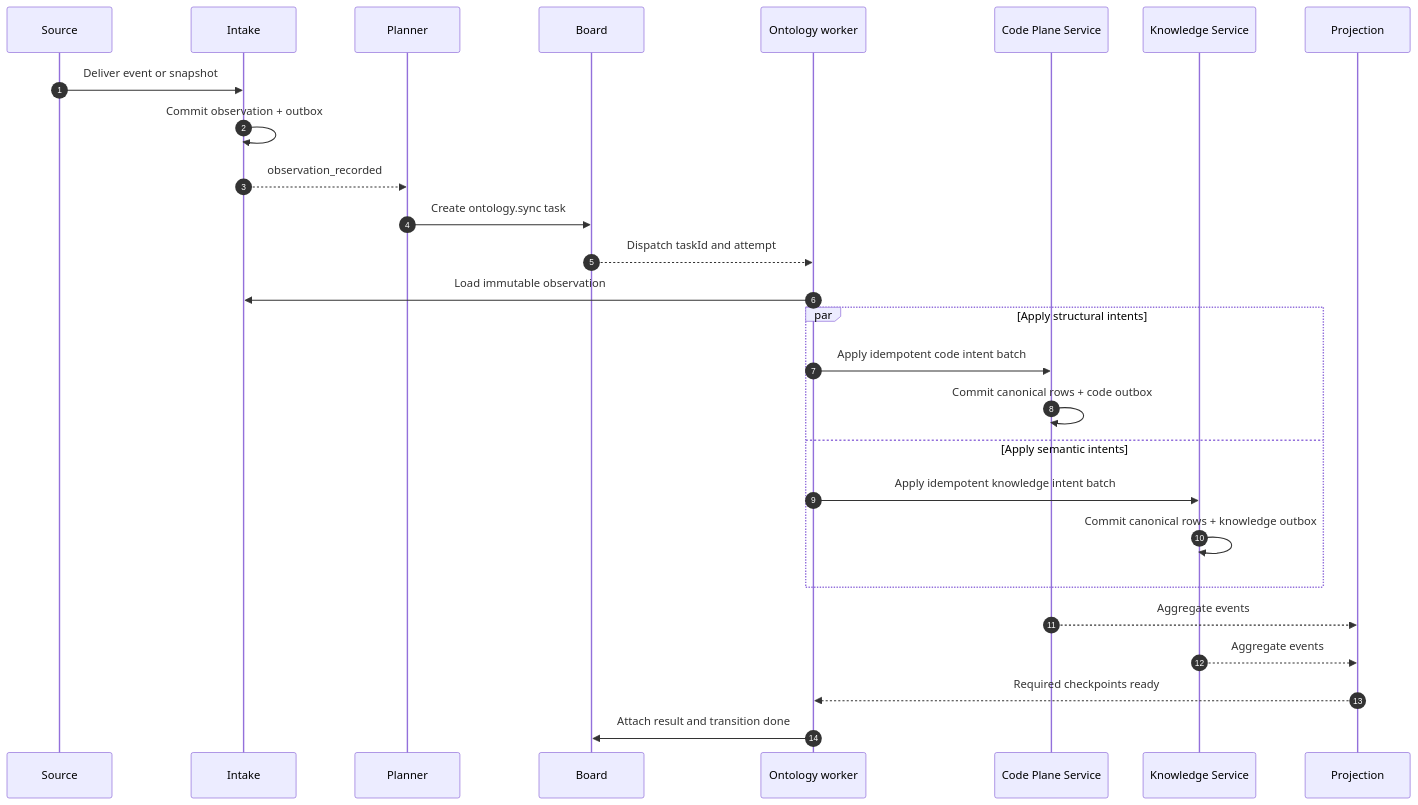
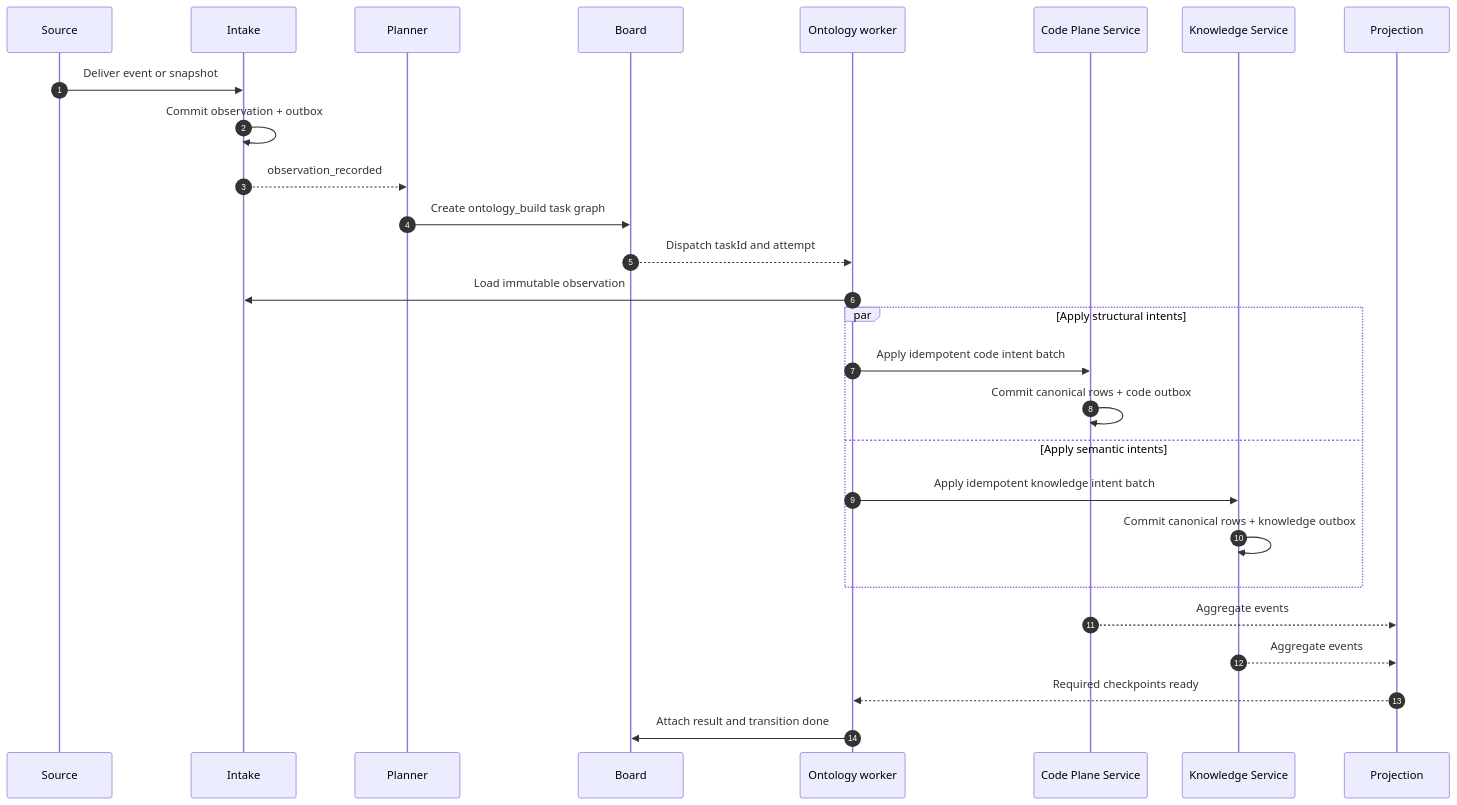
One commit to keon/jina-context-wiki-e2e-20260808 changed the second of 2 diagrams in docs/ONTOLOGY.md. Above: the diagram before and after it, drawn with Mermaid. The commit also changed other lines of this file and 22 other files, not shown here.

````diff
--- a/docs/ONTOLOGY.md
+++ b/docs/ONTOLOGY.md
@@ -291,30 +293,30 @@
 ```mermaid
 sequenceDiagram
     autonumber
     participant Source
     participant Intake
     participant Planner
     participant Board
     participant Worker as Ontology worker
     participant Code as Code Plane Service
     participant Knowledge as Knowledge Service
     participant Projection
 
     Source->>Intake: Deliver event or snapshot
     Intake->>Intake: Commit observation + outbox
     Intake-->>Planner: observation_recorded
-    Planner->>Board: Create ontology.sync task
+    Planner->>Board: Create ontology_build task graph
     Board-->>Worker: Dispatch taskId and attempt
     Worker->>Intake: Load immutable observation
     par Apply structural intents
         Worker->>Code: Apply idempotent code intent batch
         Code->>Code: Commit canonical rows + code outbox
     and Apply semantic intents
         Worker->>Knowledge: Apply idempotent knowledge intent batch
         Knowledge->>Knowledge: Commit canonical rows + knowledge outbox
     end
     Code-->>Projection: Aggregate events
     Knowledge-->>Projection: Aggregate events
     Projection-->>Worker: Required checkpoints ready
     Worker->>Board: Attach result and transition done
 ```
````
